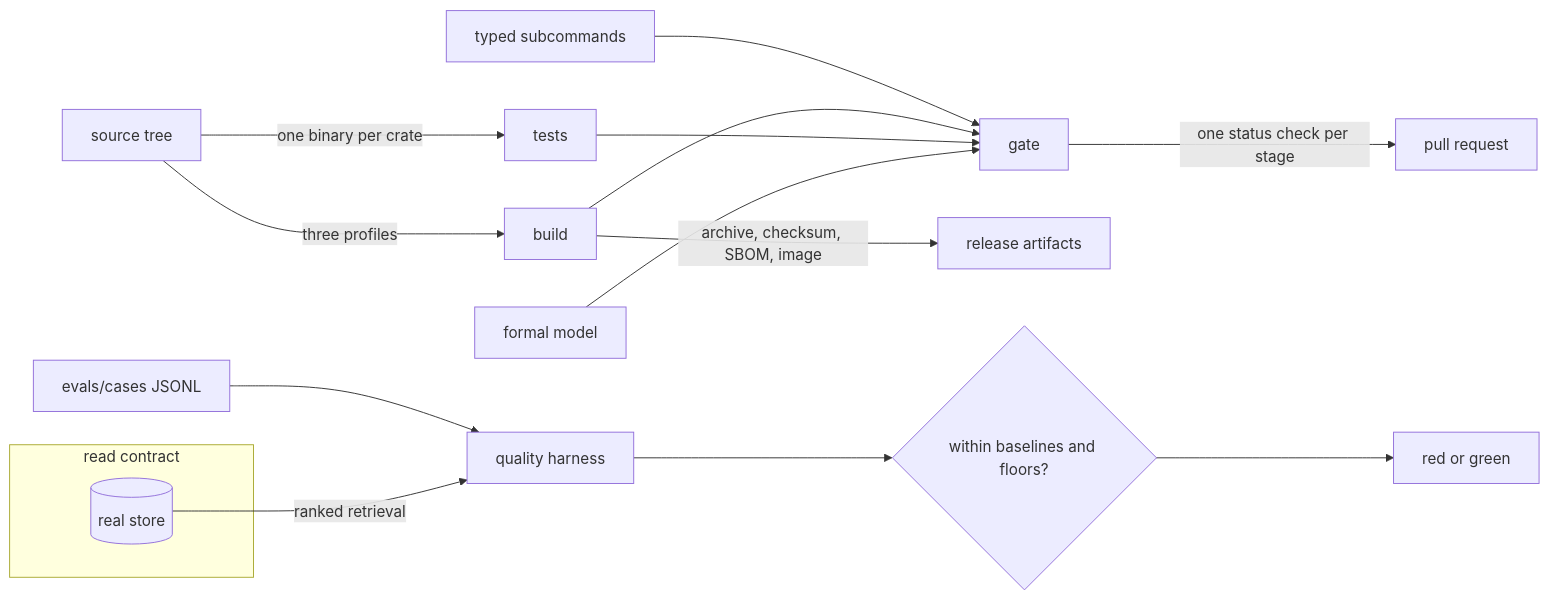
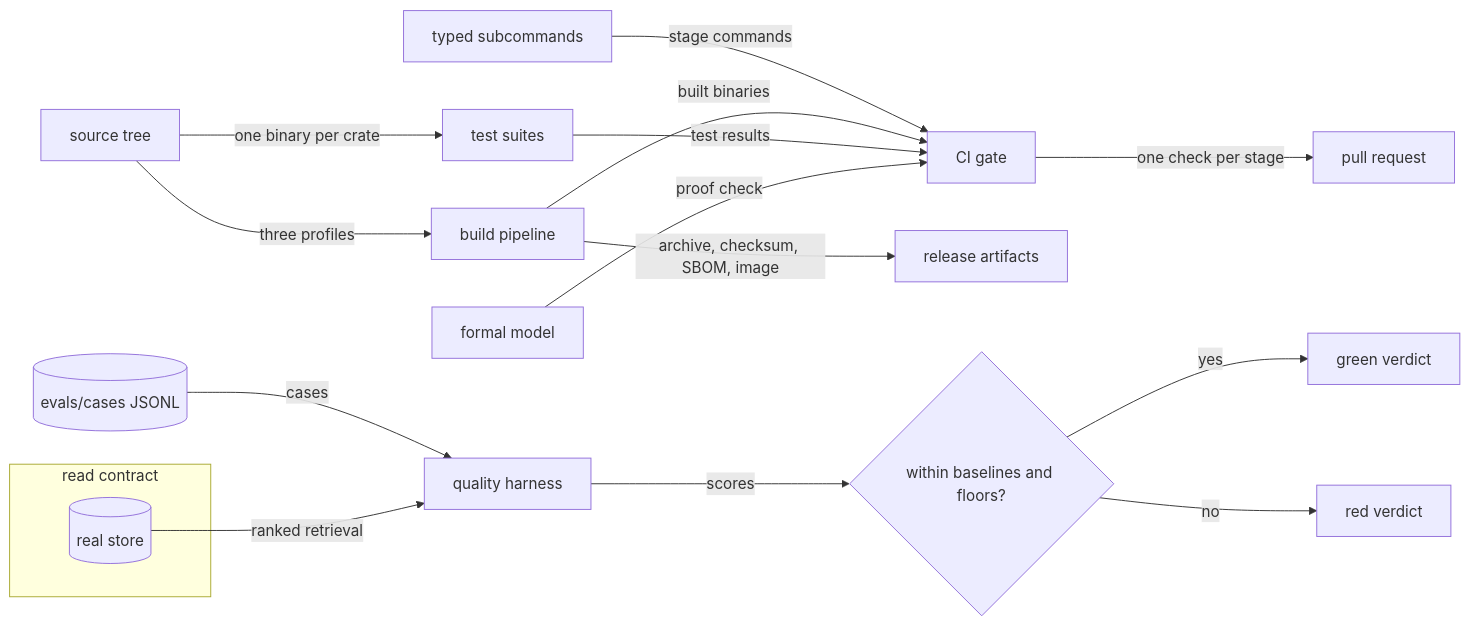
Before and after one commit to fractalboxdev/contextful: the first of 3 diagrams in spec/81-engineering.md, drawn with Mermaid. The commit also changed other lines of this file and 31 other files, not shown here.

First line of the commit message:
spec: every diagram draws things as nodes and what flows as labelled edges

````diff
--- a/spec/81-engineering.md
+++ b/spec/81-engineering.md
@@ -21,18 +21,19 @@
 ```mermaid
 flowchart LR
-  SRC["source tree"] -- "three profiles" --> BUILD["build"]
-  SRC -- "one binary per crate" --> TESTS["tests"]
-  AUTO["typed subcommands"] --> GATE["gate"]
-  BUILD --> GATE
-  TESTS --> GATE
-  FORMAL["formal model"] --> GATE
-  GATE -- "one status check per stage" --> PR["pull request"]
-  BUILD -- "archive, checksum, SBOM, image" --> ART["release artifacts"]
+  SRC["source tree"] -->|"three profiles"| BUILD["build pipeline"]
+  SRC -->|"one binary per crate"| TESTS["test suites"]
+  AUTO["typed subcommands"] -->|"stage commands"| GATE["CI gate"]
+  BUILD -->|"built binaries"| GATE
+  TESTS -->|"test results"| GATE
+  FORMAL["formal model"] -->|"proof check"| GATE
+  GATE -->|"one check per stage"| PR["pull request"]
+  BUILD -->|"archive, checksum, SBOM, image"| ART["release artifacts"]
   subgraph read["read contract"]
     STORE[("real store")]
   end
-  CASES["evals/cases JSONL"] --> EVAL["quality harness"]
-  STORE -- "ranked retrieval" --> EVAL
-  EVAL --> BASE{"within baselines and floors?"}
-  BASE --> V["red or green"]
+  CASES[("evals/cases JSONL")] -->|"cases"| EVAL["quality harness"]
+  STORE -->|"ranked retrieval"| EVAL
+  EVAL -->|"scores"| BASE{"within baselines and floors?"}
+  BASE -->|"yes"| GREEN["green verdict"]
+  BASE -->|"no"| REDV["red verdict"]
 ```
````
